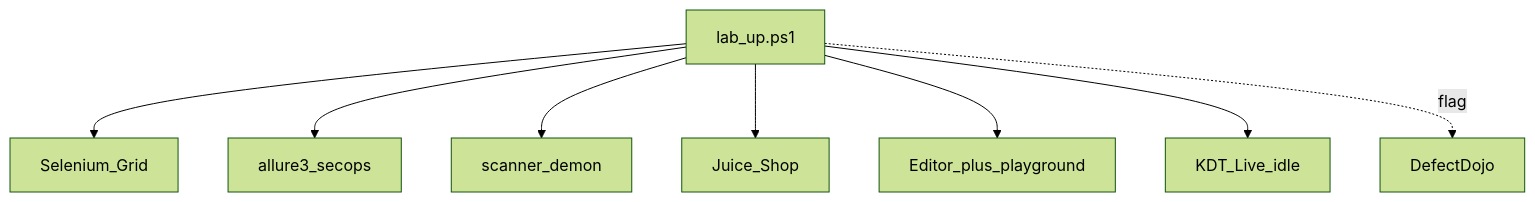
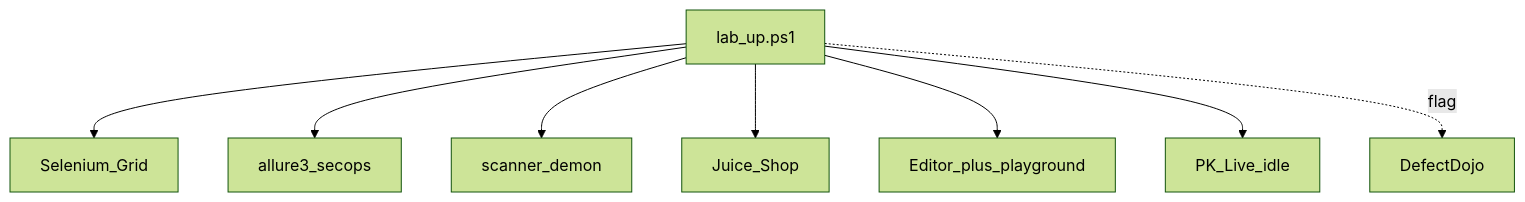
One commit to prettyk-io/prettyk-secops changed the diagram in sanctuary/pure/lab-up.md. Above: the diagram before and after it, drawn with Mermaid (forest theme). The commit also changed 138 other files, not shown here.

````diff
--- a/sanctuary/pure/lab-up.md
+++ b/sanctuary/pure/lab-up.md
@@ -10,10 +10,10 @@
 ```mermaid
 flowchart TB
   LabUp[lab_up.ps1] --> Grid[Selenium_Grid]
   LabUp --> Allure[allure3_secops]
   LabUp --> Demon[scanner_demon]
   LabUp --> Juice[Juice_Shop]
   LabUp --> UI[Editor_plus_playground]
-  LabUp --> Live[KDT_Live_idle]
+  LabUp --> Live[PK_Live_idle]
   LabUp -.->|flag| Dojo[DefectDojo]
 ```
````
